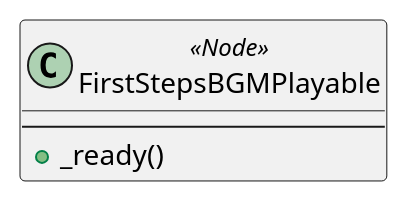
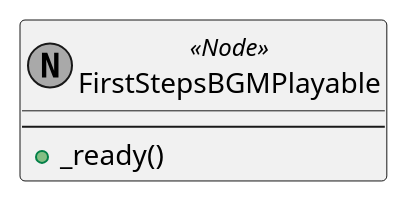
The diagram in content/scenes/src/mixins/first_steps_bgm_playable/first_steps_bgm_playable.tscn.adoc (tkmfujise/Platformer-Game-Learning), drawn with PlantUML before and after one commit. The commit also changed 69 other files, not shown here.

Commit message:
Change scene diagram class color

```diff
--- a/content/scenes/src/mixins/first_steps_bgm_playable/first_steps_bgm_playable.tscn.adoc
+++ b/content/scenes/src/mixins/first_steps_bgm_playable/first_steps_bgm_playable.tscn.adoc
@@ -9,9 +9,9 @@
 [plantuml]
 ....
-class ROOT as "FirstStepsBGMPlayable" <<Node>> {
+class ROOT as "FirstStepsBGMPlayable" <<(N,darkgray) Node>> {
 ---
   + _ready()
 }
 left to right direction
 
 ....
```
